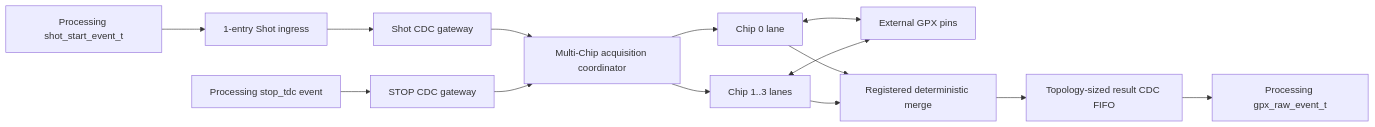
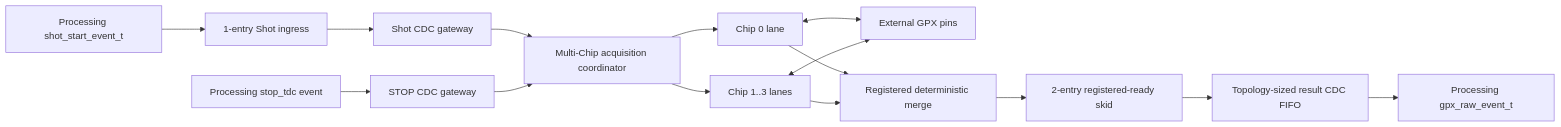
One commit to haneulia/tdc_gpx_ctrl changed the diagram in system_integration/v2_architecture/V2_CHECKPOINT_H3_GPX_ACQUISITION_SUBSYSTEM.md. Above: the diagram before and after it, drawn with Mermaid. The commit also changed other lines of this file and 10 other files, not shown here.

````diff
--- a/system_integration/v2_architecture/V2_CHECKPOINT_H3_GPX_ACQUISITION_SUBSYSTEM.md
+++ b/system_integration/v2_architecture/V2_CHECKPOINT_H3_GPX_ACQUISITION_SUBSYSTEM.md
@@ -16,16 +17,17 @@
 ```mermaid
 flowchart LR
     P["Processing shot_start_event_t"] --> SI["1-entry Shot ingress"]
     SI --> SG["Shot CDC gateway"]
     PS["Processing stop_tdc event"] --> TG["STOP CDC gateway"]
     SG --> CO["Multi-Chip acquisition coordinator"]
     TG --> CO
     CO --> L0["Chip 0 lane"]
     CO --> LN["Chip 1..3 lanes"]
     L0 <--> PIN["External GPX pins"]
     LN <--> PIN
     L0 --> RM["Registered deterministic merge"]
     LN --> RM
-    RM --> RF["Topology-sized result CDC FIFO"]
+    RM --> RS["2-entry registered-ready skid"]
+    RS --> RF["Topology-sized result CDC FIFO"]
     RF --> PR["Processing gpx_raw_event_t"]
 ```
````
